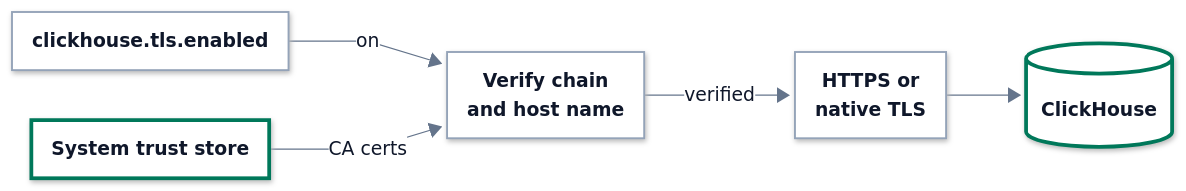
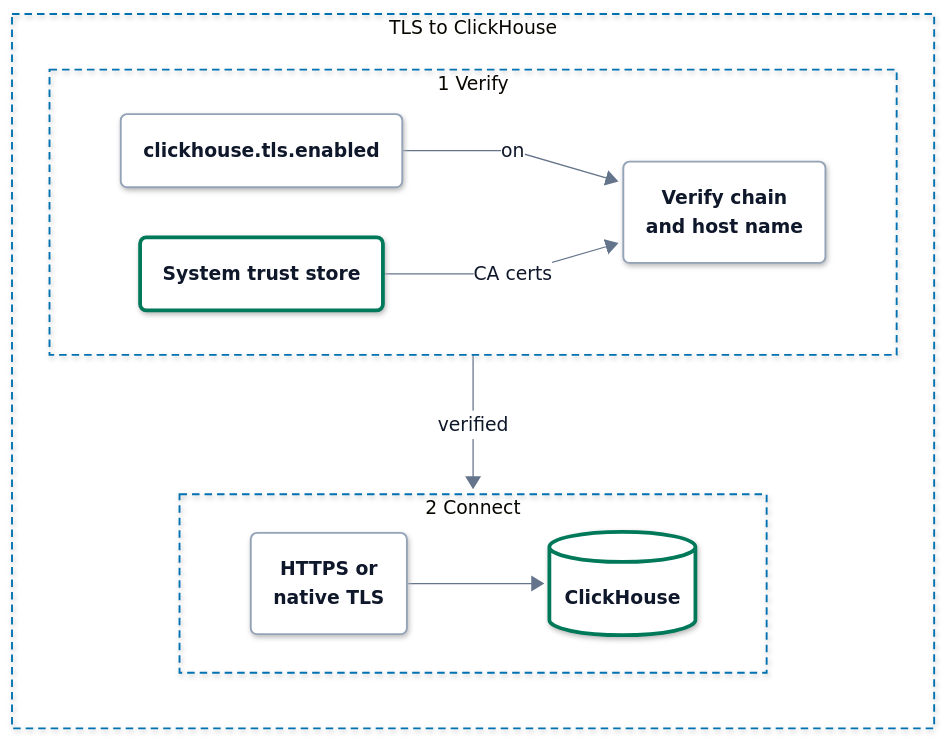
The diagram in docs/clickhouse/tls.md (hyperi-io/dfe-loader), drawn with Mermaid before and after one commit. The commit also changed 19 other files, not shown here.

First line of the commit message:
docs(architecture): bring the loader pages to the architecture standard

````diff
--- a/docs/clickhouse/tls.md
+++ b/docs/clickhouse/tls.md
@@ -60,20 +60,32 @@
     .ui .label-icon{color:#D9480F}
     .ext .label-icon{color:#64748B}
 ---
-flowchart LR
+flowchart TB
     accTitle: L4 Detail -- TLS trust
     accDescr: clickhouse.tls.enabled turns TLS on. The system trust store, the image bundle or the file SSL_CERT_FILE or SSL_CERT_DIR names, supplies the CA certificates. The loader verifies the server's certificate chain and host name against them before it opens HTTPS or native TLS to ClickHouse.
 
-    enabled["<b>clickhouse.tls.enabled</b>"]
-    store["<b>System trust store</b>"]
-    verify["<b>Verify chain<br/>and host name</b>"]
-    conn["<b>HTTPS or<br/>native TLS</b>"]
-    clickhouse[("<b>ClickHouse</b>")]
-
-    enabled -->|on| verify
-    store -->|CA certs| verify
-    verify -->|verified| conn
-    conn --> clickhouse
+    subgraph tls["TLS to ClickHouse"]
+        direction TB
+        subgraph R1["1 Verify"]
+            direction LR
+            enabled("<b>clickhouse.tls.enabled</b>")
+            store("<b>System trust store</b>")
+            verify("<b>Verify chain<br/>and host name</b>")
+            enabled -->|on| verify
+            store -->|CA certs| verify
+        end
+        subgraph R2["2 Connect"]
+            direction LR
+            conn("<b>HTTPS or<br/>native TLS</b>")
+            clickhouse[("<b>ClickHouse</b>")]
+            conn --> clickhouse
+        end
+        R1 -->|verified| R2
+    end
+  class enabled,verify,conn part
+  class store,clickhouse store
+  class enabled,verify,conn part
+  class store,clickhouse store
   classDef ext fill:#F4F6F8,stroke:#94A3B8,stroke-width:1.5px,stroke-dasharray:5 4,color:#0F172A
   classDef ingest fill:#FFFFFF,stroke:#0E8A7D,stroke-width:3px,color:#0F172A
   classDef xform fill:#FFFFFF,stroke:#7B4FB0,stroke-width:3px,color:#0F172A
@@ -85,6 +97,7 @@
   classDef error fill:#FFFFFF,stroke:#C2410C,stroke-width:3px,color:#0F172A
   classDef control fill:#FFFFFF,stroke:#334155,stroke-width:3px,color:#0F172A
   classDef part fill:#FFFFFF,stroke:#94A3B8,stroke-width:1.5px,color:#0F172A
-  class enabled,verify,conn part
-  class store,clickhouse store
+  style tls fill:none,stroke:#0072B2,stroke-width:1.5px,stroke-dasharray:6 4
+  style R1 fill:none,stroke:#0072B2,stroke-width:1.5px,stroke-dasharray:6 4
+  style R2 fill:none,stroke:#0072B2,stroke-width:1.5px,stroke-dasharray:6 4
 ```
````
